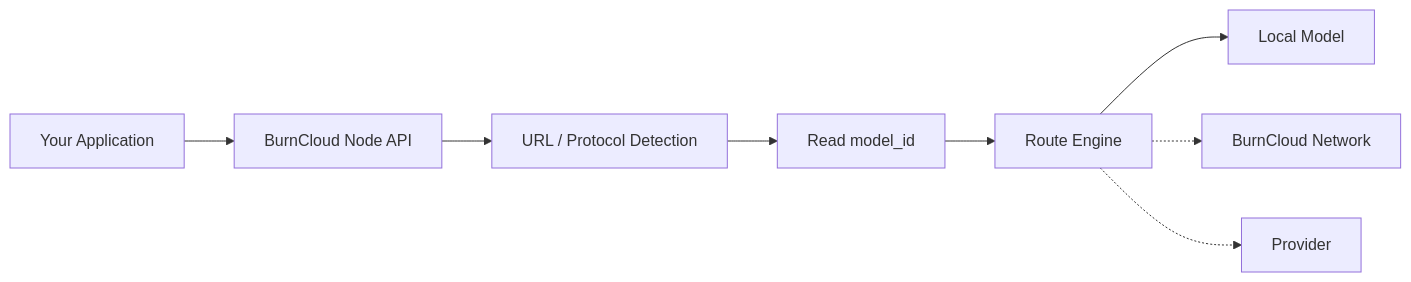
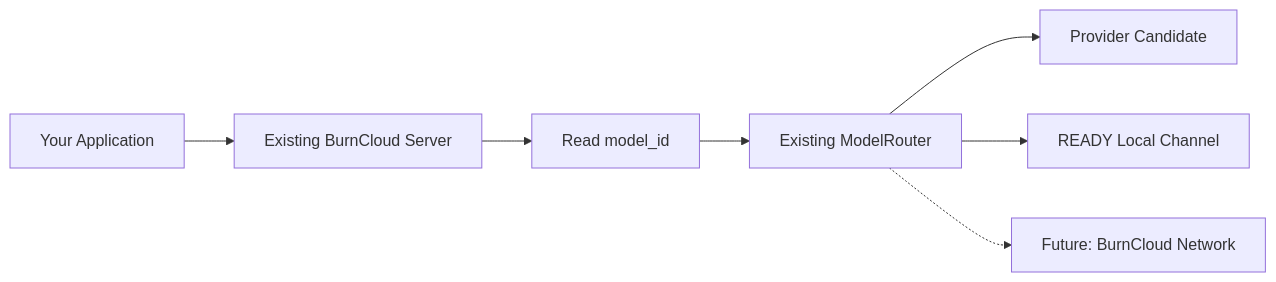
The first of 2 diagrams in docs/burncloud-node/index.md (burncloud/burncloud.github.io), drawn with Mermaid before and after one commit. The commit also changed other lines of this file and 4 other files, not shown here.

First line of the commit message:
docs(node): update BurnCloud Node for implemented framework

````diff
--- a/docs/burncloud-node/index.md
+++ b/docs/burncloud-node/index.md
@@ -15,10 +17,9 @@
 ```mermaid
 flowchart LR
-    APP["Your Application"] --> API["BurnCloud Node API"]
-    API --> PROTOCOL["URL / Protocol Detection"]
-    PROTOCOL --> MODEL["Read model_id"]
-    MODEL --> ROUTE["Route Engine"]
-    ROUTE --> LOCAL["Local Model"]
-    ROUTE -.-> NETWORK["BurnCloud Network"]
-    ROUTE -.-> PROVIDER["Provider"]
+    APP["Your Application"] --> API["Existing BurnCloud Server"]
+    API --> MODEL["Read model_id"]
+    MODEL --> ROUTE["Existing ModelRouter"]
+    ROUTE --> PROVIDER["Provider Candidate"]
+    ROUTE --> LOCAL["READY Local Channel"]
+    ROUTE -.-> NETWORK["Future: BurnCloud Network"]
 ```
````
